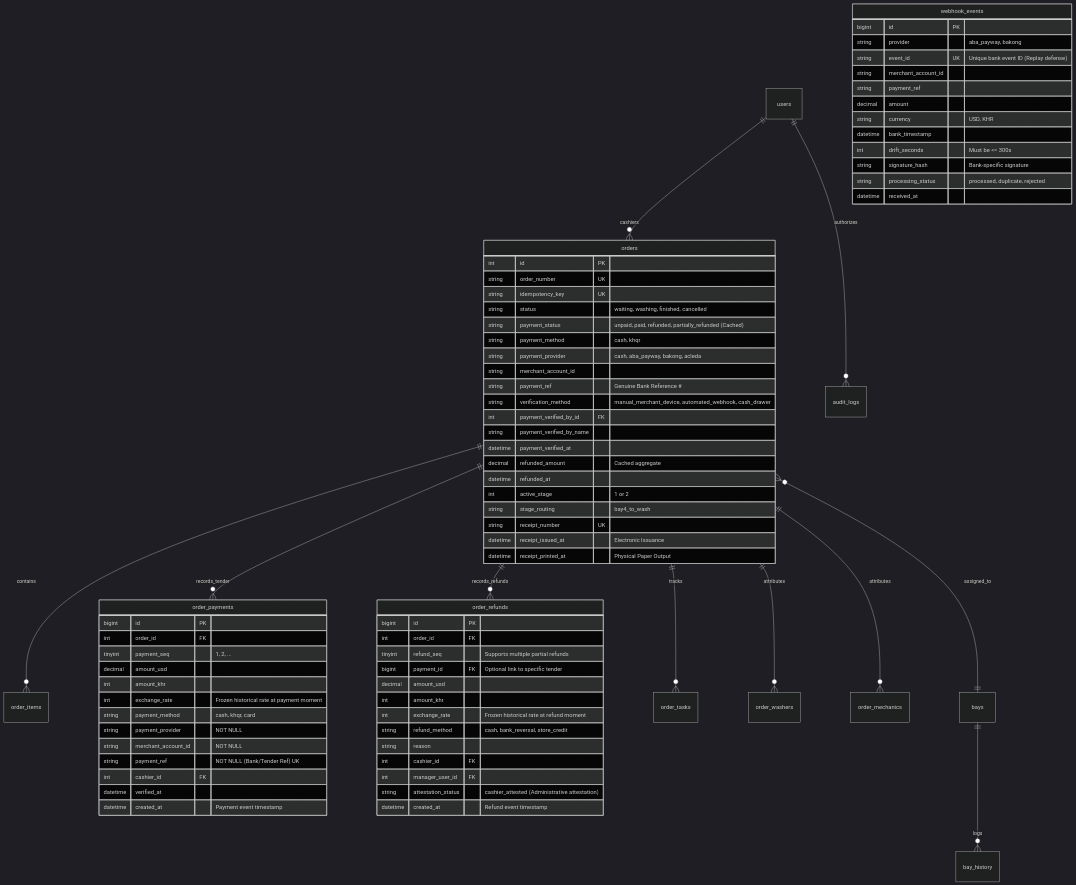
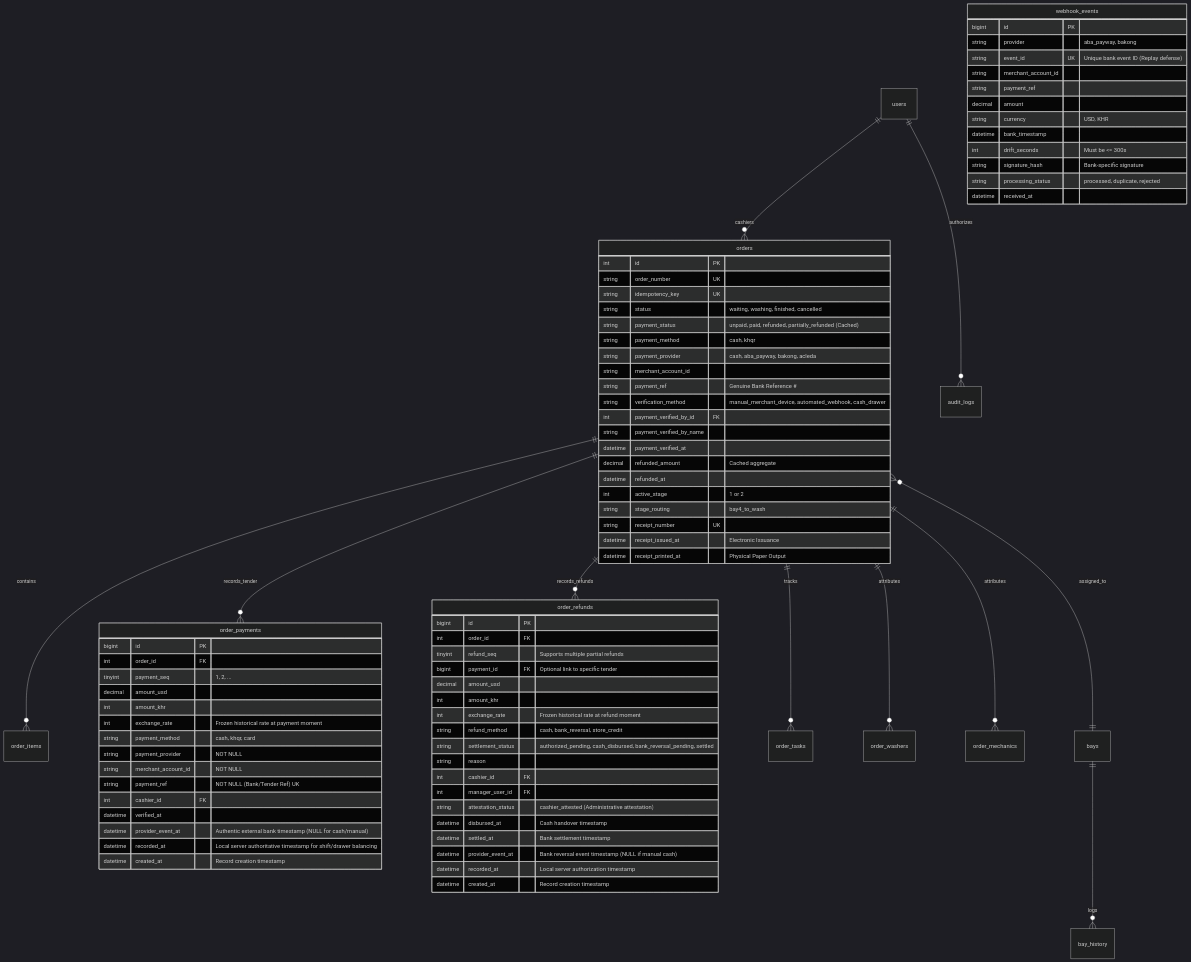
The second of 2 diagrams in POS-IMPLEMENTATION-DEPENDENCY-MAP.md (Tiffy-gif/Car-WashService), drawn with Mermaid (dark theme) before and after one commit. The commit also changed other lines of this file and 4 other files, not shown here.

```diff
--- a/POS-IMPLEMENTATION-DEPENDENCY-MAP.md
+++ b/POS-IMPLEMENTATION-DEPENDENCY-MAP.md
@@ -386,7 +397,9 @@
         string payment_ref "NOT NULL (Bank/Tender Ref) UK"
         int cashier_id FK
         datetime verified_at
-        datetime created_at "Payment event timestamp"
+        datetime provider_event_at "Authentic external bank timestamp (NULL for cash/manual)"
+        datetime recorded_at "Local server authoritative timestamp for shift/drawer balancing"
+        datetime created_at "Record creation timestamp"
     }
 
     order_refunds {
@@ -398,11 +411,16 @@
         int amount_khr
         int exchange_rate "Frozen historical rate at refund moment"
         string refund_method "cash, bank_reversal, store_credit"
+        string settlement_status "authorized_pending, cash_disbursed, bank_reversal_pending, settled"
         string reason
         int cashier_id FK
         int manager_user_id FK
         string attestation_status "cashier_attested (Administrative attestation)"
-        datetime created_at "Refund event timestamp"
+        datetime disbursed_at "Cash handover timestamp"
+        datetime settled_at "Bank settlement timestamp"
+        datetime provider_event_at "Bank reversal event timestamp (NULL if manual cash)"
+        datetime recorded_at "Local server authorization timestamp"
+        datetime created_at "Record creation timestamp"
     }
 
     webhook_events {
```
